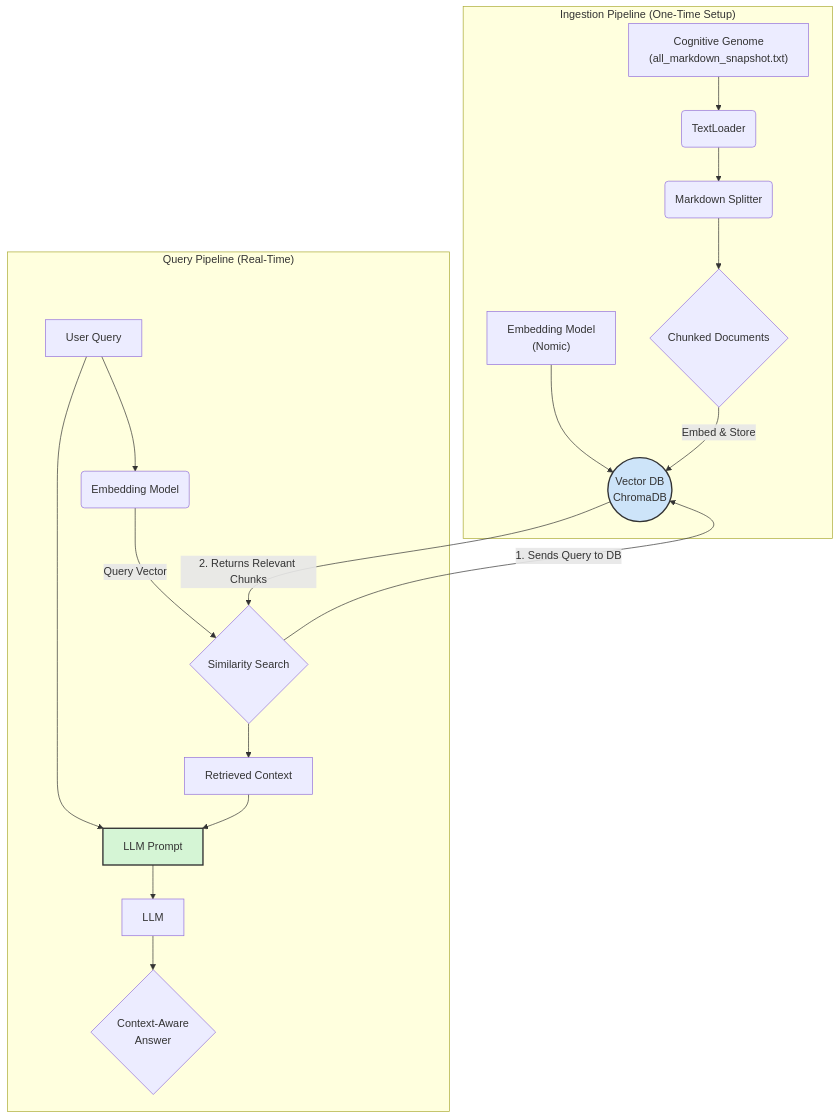
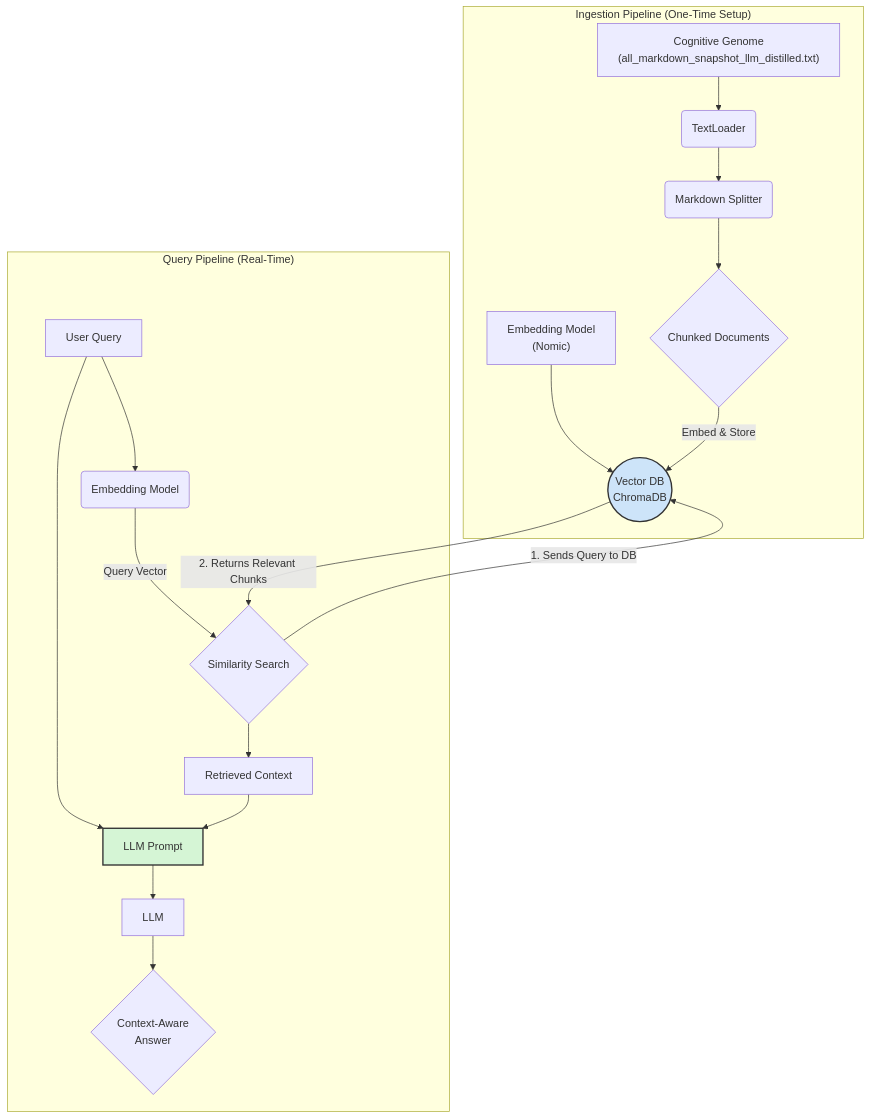
One commit to richfrem/Project_Sanctuary changed the diagram in mnemonic_cortex/README.md. Above: the diagram before and after it, drawn with Mermaid. The commit also changed other lines of this file and 2 other files, not shown here.

Commit message:
updated mermaid and readme of mnemonic_cortex

````diff
--- a/mnemonic_cortex/README.md
+++ b/mnemonic_cortex/README.md
@@ -24,32 +33,28 @@
 ```mermaid
 graph TD
     subgraph "Ingestion Pipeline (One-Time Setup)"
-        A["Cognitive Genome<br/>(all_markdown_snapshot.txt)"] --> B(TextLoader);
+        A["Cognitive Genome<br/>(all_markdown_snapshot_llm_distilled.txt)"] --> B(TextLoader);
         B --> C(Markdown Splitter);
         C --> D{Chunked Documents};
         E["Embedding Model<br/>(Nomic)"] --> F(("Vector DB<br/>ChromaDB"));
         D -- Embed & Store --> F;
     end
 
     subgraph "Query Pipeline (Real-Time)"
         G[User Query] --> H(Embedding Model);
         H -- Query Vector --> I{Similarity Search};
-        
-        %% --- CORRECTED FLOW ---
         I -- "1. Sends Query to DB" --> F;
         F -- "2. Returns Relevant Chunks" --> I;
-        %% --- END CORRECTION ---
-
         I --> J[Retrieved Context];
         
         K[LLM Prompt]
         G --> K;
         J --> K;
 
         K --> L[LLM];
         L --> M{"Context-Aware<br/>Answer"};
     end
 
     style F fill:#cde4f9,stroke:#333,stroke-width:2px
     style K fill:#d5f5d5,stroke:#333,stroke-width:2px
 ```
````
